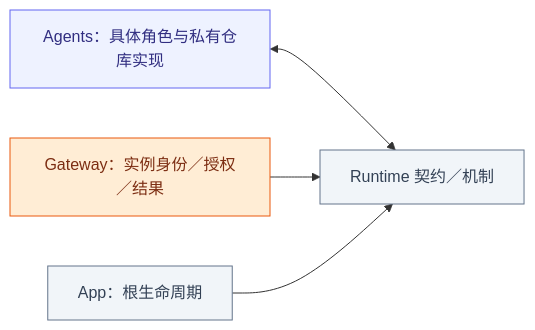
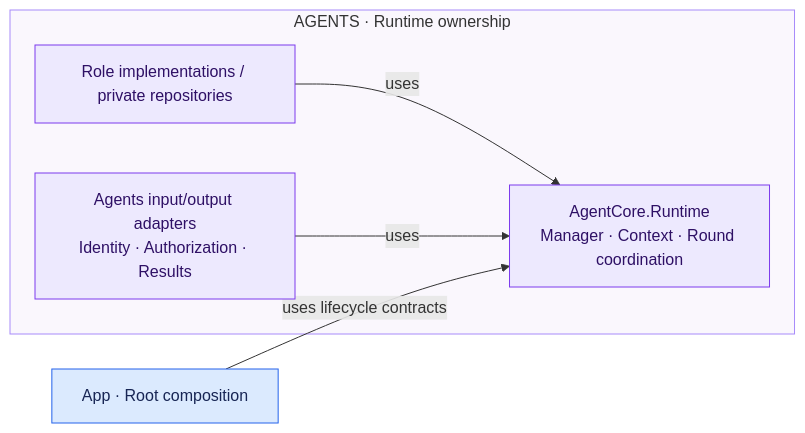
The first of 2 diagrams in MobileHarness/Agents/Support/Core/Runtime/README.md (devilyouwei/MobileHarness), drawn with Mermaid before and after one commit. The commit also changed other lines of this file and 352 other files, not shown here.

````diff
--- a/MobileHarness/Agents/Support/Core/Runtime/README.md
+++ b/MobileHarness/Agents/Support/Core/Runtime/README.md
@@ -7,18 +7,15 @@
 ```mermaid
 flowchart LR
- A["Agents：具体角色与私有仓库实现"]:::agent
- R["Runtime 契约／机制"]:::host
- G["Gateway：实例身份／授权／结果"]:::gateway
- H["App：根生命周期"]:::host
- A <--> R
- G --> R
- H --> R
- classDef ui fill:#e0f2fe,stroke:#0284c7,color:#0c4a6e
- classDef platform fill:#dcfce7,stroke:#16a34a,color:#14532d
- classDef model fill:#f3e8ff,stroke:#9333ea,color:#581c87
- classDef storage fill:#fef3c7,stroke:#d97706,color:#78350f
- classDef agent fill:#eef2ff,stroke:#6366f1,color:#312e81
- classDef gateway fill:#ffedd5,stroke:#ea580c,color:#7c2d12
- classDef action fill:#ffe4e6,stroke:#e11d48,color:#881337
- classDef host fill:#f1f5f9,stroke:#64748b,color:#334155
+    subgraph Cognition["AGENTS · Runtime ownership"]
+        A["Role implementations / private repositories"]:::agent
+        B["Agents input/output adapters<br/>Identity · Authorization · Results"]:::agent
+        R["AgentCore.Runtime<br/>Manager · Context · Round coordination"]:::agent
+        A -->|uses| R
+        B -->|uses| R
+    end
+    H["App · Root composition"]:::host
+    H -->|uses lifecycle contracts| R
+    classDef agent fill:#ede9fe,stroke:#7c3aed,color:#2e1065
+    classDef host fill:#dbeafe,stroke:#2563eb,color:#172554
+    style Cognition fill:#faf7fd,stroke:#a78bfa
 ```
````
